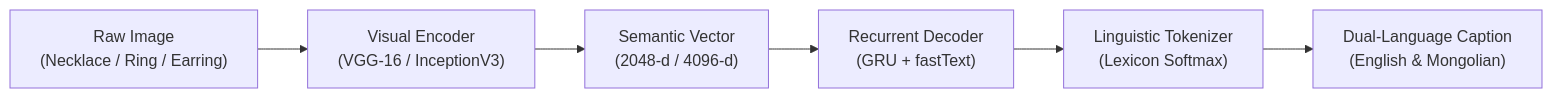
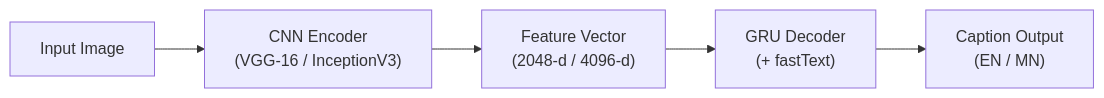
Before and after one commit to whysari/jewelry-vision: the diagram in README.md, drawn with Mermaid. The commit also changed other lines of this file, not shown here.

````diff
--- a/README.md
+++ b/README.md
@@ -34,8 +17,7 @@
 ```mermaid
 flowchart LR
-    A["Raw Image<br/>(Necklace / Ring / Earring)"] --> B["Visual Encoder<br/>(VGG-16 / InceptionV3)"]
-    B --> C["Semantic Vector<br/>(2048-d / 4096-d)"]
-    C --> D["Recurrent Decoder<br/>(GRU + fastText)"]
-    D --> E["Linguistic Tokenizer<br/>(Lexicon Softmax)"]
-    E --> F["Dual-Language Caption<br/>(English & Mongolian)"]
+    A["Input Image"] --> B["CNN Encoder<br/>(VGG-16 / InceptionV3)"]
+    B --> C["Feature Vector<br/>(2048-d / 4096-d)"]
+    C --> D["GRU Decoder<br/>(+ fastText)"]
+    D --> E["Caption Output<br/>(EN / MN)"]
 ```
````
